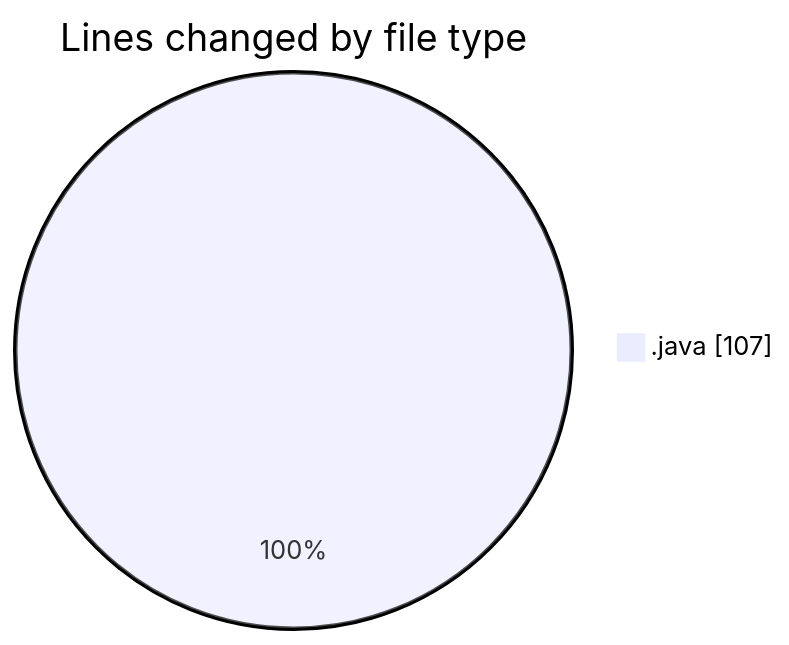
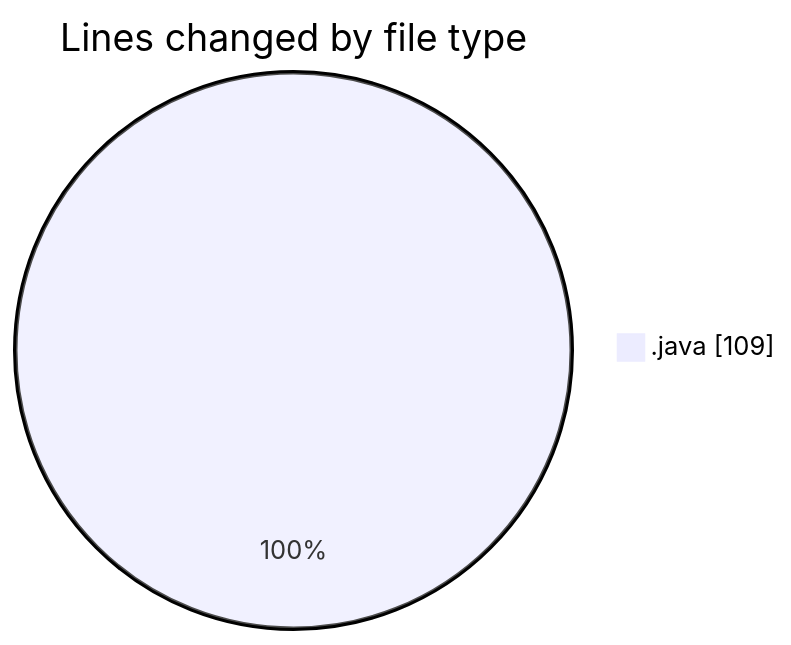
One commit to ricardozamudiocil/code-tracking changed the first of 2 diagrams in 2026-11-26/cilreports__workspace_/README.md. Above: the diagram before and after it, drawn with Mermaid. The commit also changed other lines of this file and 1 other file, not shown here.

````diff
--- a/2026-11-26/cilreports__workspace_/README.md
+++ b/2026-11-26/cilreports__workspace_/README.md
@@ -20,5 +20,5 @@
 ```mermaid
 pie showData
 title Lines changed by file type
-".java" : 107
+".java" : 109
 ```
````
